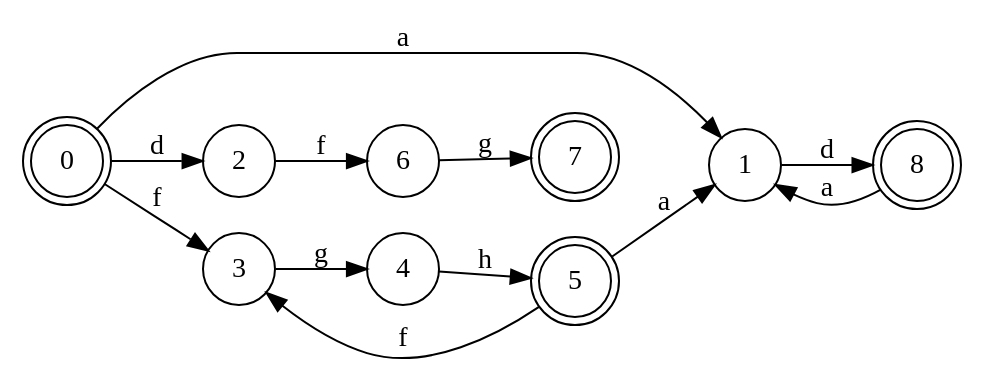
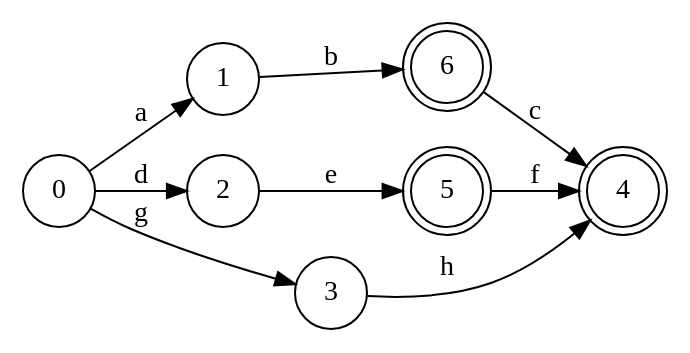
One commit to x6x4/LAB2_URGENCY changed the diagram in dfa_output.dot. Above: the diagram before and after it, drawn with Graphviz. The commit also changed 6 other files, not shown here.

```diff
--- a/dfa_output.dot
+++ b/dfa_output.dot
@@ -1,24 +1,15 @@
 digraph DFA {
 rankdir="LR"
 node [shape=circle];
 0 -> 1 [label="a"];
 0 -> 2 [label="d"];
-0 -> 3 [label="f"];
-1 -> 8 [label="d"];
-2 -> 6 [label="f"];
-3 -> 4 [label="g"];
-4 -> 5 [label="h"];
-5 -> 1 [label="a"];
-5 -> 3 [label="f"];
-6 -> 7 [label="g"];
-8 -> 1 [label="a"];
-0[label="0"shape=doublecircle];
-0[label="0"shape=doublecircle];
-0[label="0"shape=doublecircle];
+0 -> 3 [label="g"];
+1 -> 6 [label="b"];
+2 -> 5 [label="e"];
+3 -> 4 [label="h"];
+5 -> 4 [label="f"];
+6 -> 4 [label="c"];
+4[label="4"shape=doublecircle];
 5[label="5"shape=doublecircle];
-5[label="5"shape=doublecircle];
-5[label="5"shape=doublecircle];
-7[label="7"shape=doublecircle];
-8[label="8"shape=doublecircle];
-8[label="8"shape=doublecircle];
+6[label="6"shape=doublecircle];
 }
```
